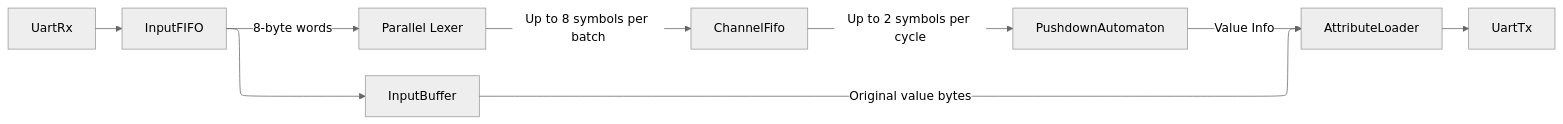
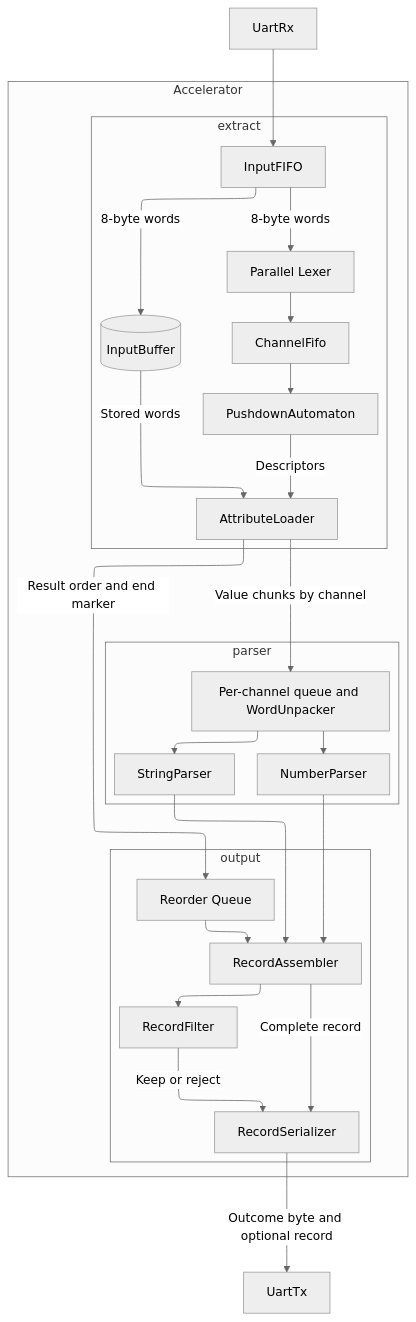
One commit to koch-c/chisel-json-accelerator changed the diagram in README.md. Above: the diagram before and after it, drawn with Mermaid (neutral theme).

Commit message:
updated mermaid diagram

````diff
--- a/README.md
+++ b/README.md
@@ -31,17 +31,41 @@
 ```mermaid
 ---
 config:
   layout: elk
   elk:
     mergeEdges: true
 ---
-flowchart LR
-    RX[UartRx] --> INPUT[InputFIFO]
-    INPUT -->|8-byte words| LEXER[Parallel Lexer]
-    LEXER -->|Up to 8 symbols per batch| FIFO[ChannelFifo]
-    FIFO -->|Up to 2 symbols per cycle| PDA[PushdownAutomaton]
-    PDA -->|Value Info| LOADER[AttributeLoader]
-    INPUT --> BUFFER[InputBuffer]
-    BUFFER -->|Original value bytes| LOADER
-    LOADER --> TX[UartTx]
+flowchart TD
+    RX[UartRx]
+
+    subgraph CORE[Accelerator]
+        subgraph EXTRACT[extract]
+            INPUT[InputFIFO] -->|8-byte words| LEXER[Parallel Lexer]
+            INPUT -->|8-byte words| BUFFER[(InputBuffer)]
+            LEXER --> FIFO[ChannelFifo] --> PDA[PushdownAutomaton]
+            PDA -->|Descriptors| LOADER[AttributeLoader]
+            BUFFER -->|Stored words| LOADER
+        end
+
+        subgraph PARSE[parser]
+            UNPACK[Per-channel queue and WordUnpacker]
+            UNPACK --> NUM[NumberParser]
+            UNPACK --> STR[StringParser]
+        end
+
+        subgraph OUTPUT[output]
+            REORDER[Reorder Queue] --> ASSEMBLER[RecordAssembler]
+            ASSEMBLER --> FILTER[RecordFilter]
+            ASSEMBLER -->|Complete record| SERIALIZER[RecordSerializer]
+            FILTER -->|Keep or reject| SERIALIZER
+        end
+
+        LOADER -->|Value chunks by channel| UNPACK
+        LOADER -->|Result order and end marker| REORDER
+        NUM --> ASSEMBLER
+        STR --> ASSEMBLER
+    end
+
+    RX --> INPUT
+    SERIALIZER -->|Outcome byte and optional record| TX[UartTx]
 ```
````
